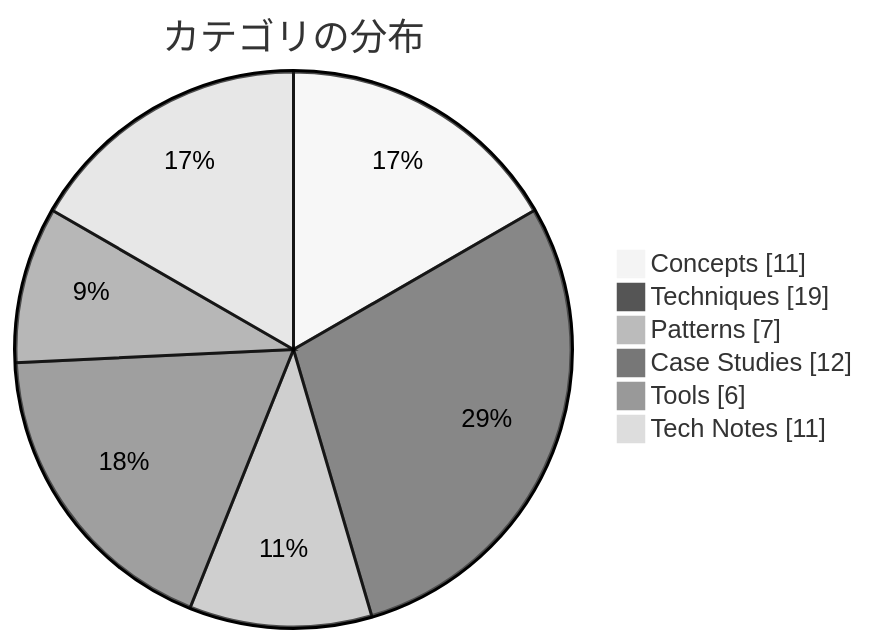
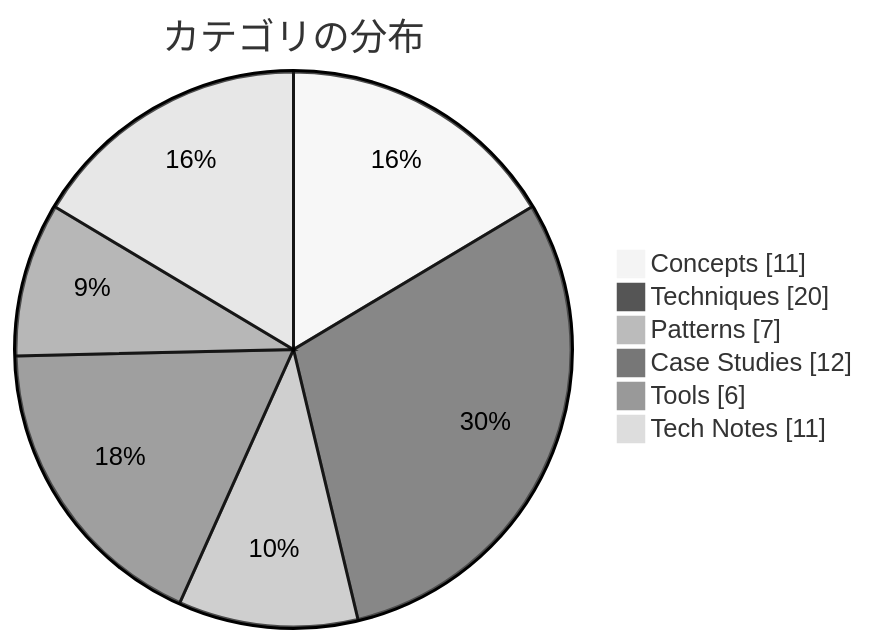
One commit to dinekt/dinekt-wiki changed the second of 2 diagrams in docs/index.md. Above: the diagram before and after it, drawn with Mermaid (neutral theme). The commit also changed other lines of this file and 4 other files, not shown here.

````diff
--- a/docs/index.md
+++ b/docs/index.md
@@ -37,9 +37,9 @@
 ```mermaid
 pie showData title カテゴリの分布
     "Concepts" : 11
-    "Techniques" : 19
+    "Techniques" : 20
     "Patterns" : 7
     "Case Studies" : 12
     "Tools" : 6
     "Tech Notes" : 11
 ```
````
